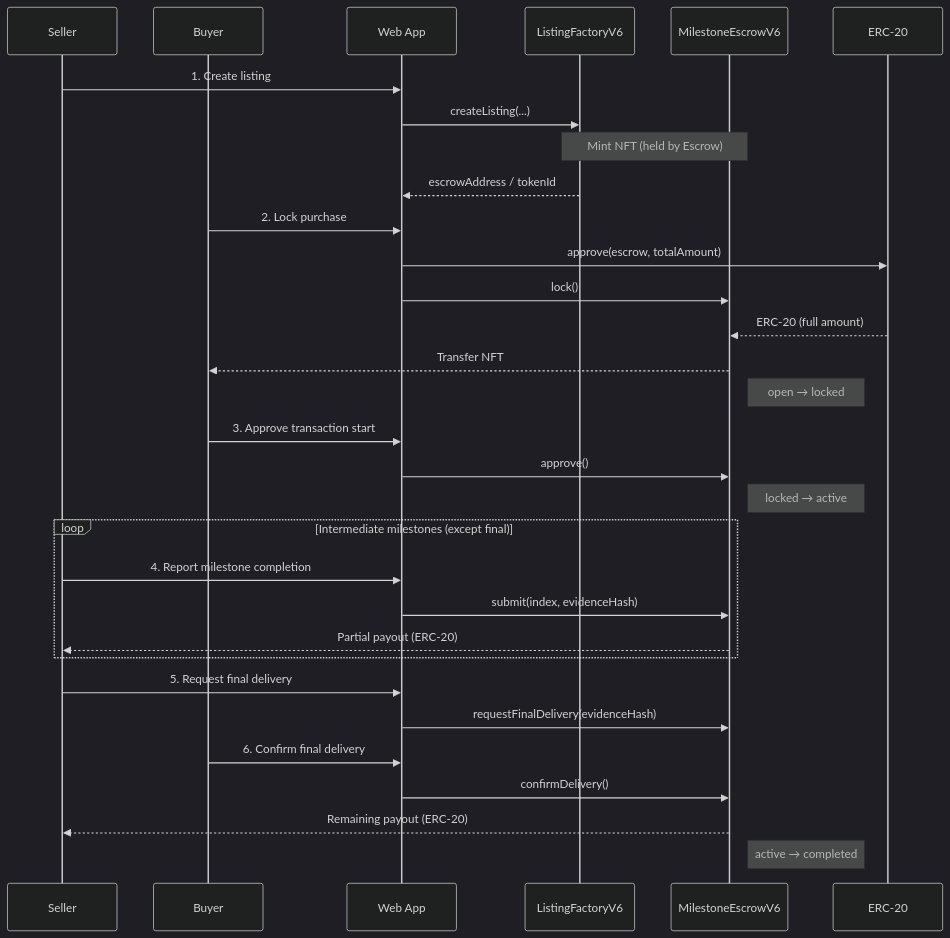
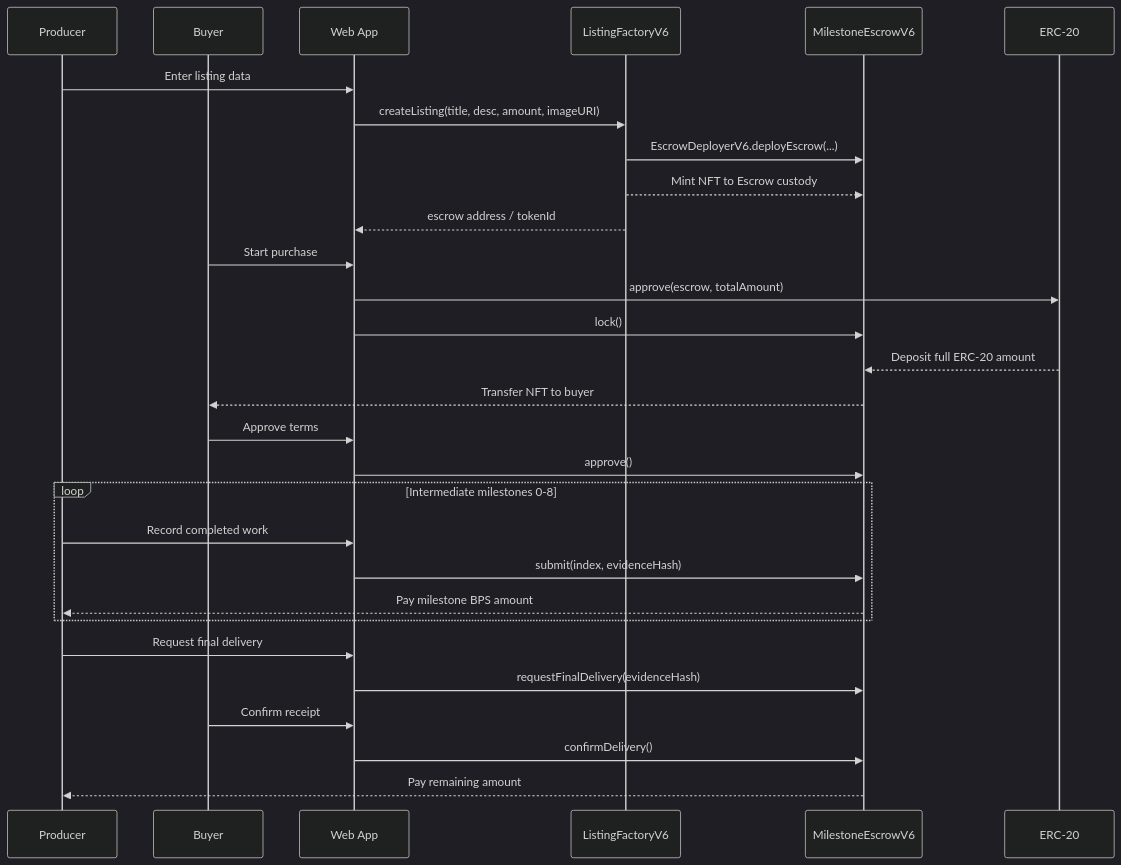
One commit to usagi917/PalPay changed the second of 4 diagrams in README.en.md. Above: the diagram before and after it, drawn with Mermaid (dark theme). The commit also changed other lines of this file and 6 other files, not shown here.

````diff
--- a/README.en.md
+++ b/README.en.md
@@ -22,38 +58,36 @@
 ```mermaid
 sequenceDiagram
-    participant S as Seller
+    participant S as Producer
     participant B as Buyer
     participant W as Web App
     participant F as ListingFactoryV6
     participant E as MilestoneEscrowV6
     participant T as ERC-20
 
-    S->>W: 1. Create listing
-    W->>F: createListing(...)
-    Note over F,E: Mint NFT (held by Escrow)
-    F-->>W: escrowAddress / tokenId
+    S->>W: Enter listing data
+    W->>F: createListing(title, desc, amount, imageURI)
+    F->>E: EscrowDeployerV6.deployEscrow(...)
+    F-->>E: Mint NFT to Escrow custody
+    F-->>W: escrow address / tokenId
 
-    B->>W: 2. Lock purchase
+    B->>W: Start purchase
     W->>T: approve(escrow, totalAmount)
     W->>E: lock()
-    T-->>E: ERC-20 (full amount)
-    E-->>B: Transfer NFT
-    Note right of E: open → locked
+    T-->>E: Deposit full ERC-20 amount
+    E-->>B: Transfer NFT to buyer
 
-    B->>W: 3. Approve transaction start
+    B->>W: Approve terms
     W->>E: approve()
-    Note right of E: locked → active
 
-    loop Intermediate milestones (except final)
-        S->>W: 4. Report milestone completion
+    loop Intermediate milestones 0-8
+        S->>W: Record completed work
         W->>E: submit(index, evidenceHash)
-        E-->>S: Partial payout (ERC-20)
+        E-->>S: Pay milestone BPS amount
     end
 
-    S->>W: 5. Request final delivery
+    S->>W: Request final delivery
     W->>E: requestFinalDelivery(evidenceHash)
-    B->>W: 6. Confirm final delivery
+    B->>W: Confirm receipt
     W->>E: confirmDelivery()
-    E-->>S: Remaining payout (ERC-20)
-    Note right of E: active → completed
+    E-->>S: Pay remaining amount
 ```
````
